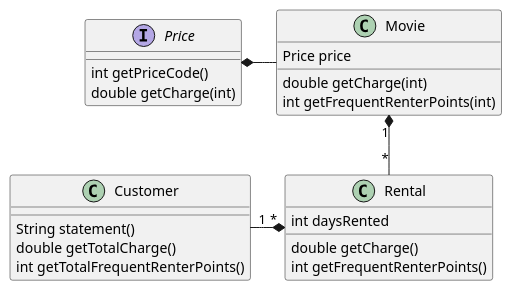
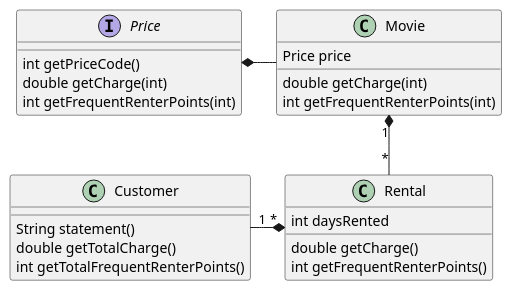
The diagram in src/main/resources/MovieRentalCustomer.puml (rony76/martin-fowler-example), drawn with PlantUML before and after one commit. The commit also changed 5 other files, not shown here.

Commit message:
Replace Conditional with Polymorphism: getFrequentRenterPoints

```diff
--- a/src/main/resources/MovieRentalCustomer.puml
+++ b/src/main/resources/MovieRentalCustomer.puml
@@ -1,30 +1,31 @@
 @startuml
 
 Movie "1" *-- "*" Rental
 Customer "1" -* "*" Rental
 Price *- Movie
 
 interface Price {
     int getPriceCode()
     double getCharge(int)
+    int getFrequentRenterPoints(int)
 }
 
 class Movie {
     Price price
     double getCharge(int)
     int getFrequentRenterPoints(int)
 }
 
 class Rental {
     int daysRented
     double getCharge()
     int getFrequentRenterPoints()
 }
 
 class Customer {
     String statement()
     double getTotalCharge()
     int getTotalFrequentRenterPoints()
 }
 
 @enduml
```
